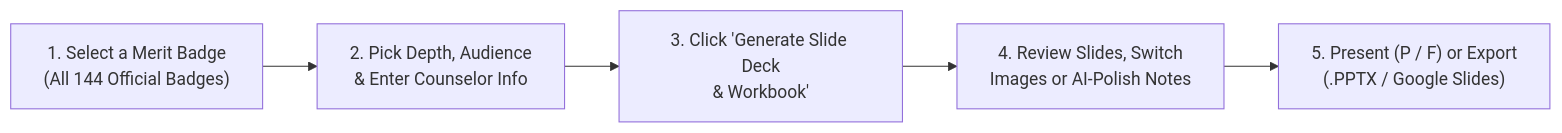
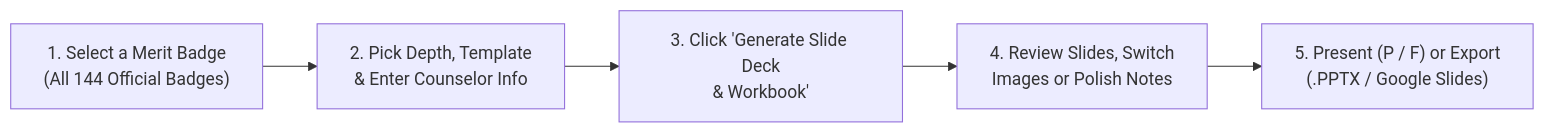
One commit to clayberg/scouts-bsa-merit-badge-agent changed the first of 2 diagrams in docs/USER_GUIDE.md. Above: the diagram before and after it, drawn with Mermaid. The commit also changed other lines of this file and 30 other files, not shown here.

````diff
--- a/docs/USER_GUIDE.md
+++ b/docs/USER_GUIDE.md
@@ -41,7 +41,7 @@
 ```mermaid
 flowchart LR
-    Step1["1. Select a Merit Badge<br/>(All 144 Official Badges)"] --> Step2["2. Pick Depth, Audience<br/>& Enter Counselor Info"]
+    Step1["1. Select a Merit Badge<br/>(All 144 Official Badges)"] --> Step2["2. Pick Depth, Template<br/>& Enter Counselor Info"]
     Step2 --> Step3["3. Click 'Generate Slide Deck<br/>& Workbook'"]
-    Step3 --> Step4["4. Review Slides, Switch<br/>Images or AI-Polish Notes"]
+    Step3 --> Step4["4. Review Slides, Switch<br/>Images or Polish Notes"]
     Step4 --> Step5["5. Present (P / F) or Export<br/>(.PPTX / Google Slides)"]
 ```
````
